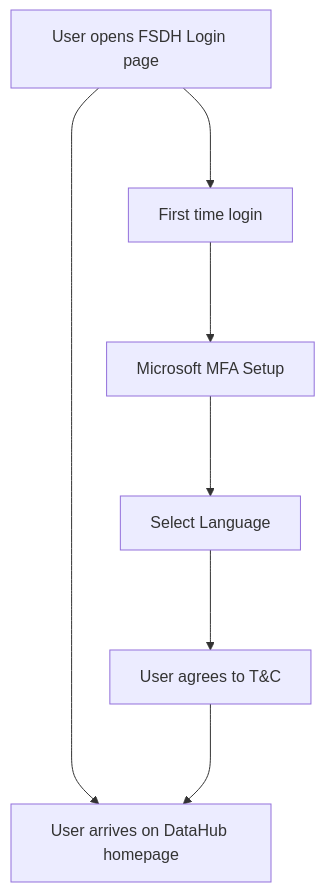
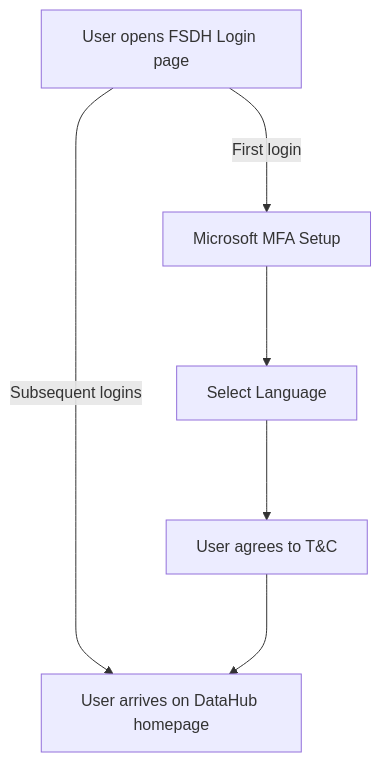
One commit to ssc-sp/datahub-docs changed the second of 4 diagrams in UserGuide/Onboarding/OnboardingSummary.md. Above: the diagram before and after it, drawn with Mermaid. The commit also changed other lines of this file, not shown here.

````diff
--- a/UserGuide/Onboarding/OnboardingSummary.md
+++ b/UserGuide/Onboarding/OnboardingSummary.md
@@ -44,16 +39,14 @@
 ```mermaid
 flowchart TD 
     A[User opens FSDH Login page]
-    B[First time login]
     C[Microsoft MFA Setup]
     D[Select Language]
     E[User agrees to T&C]
     F[User arrives on DataHub homepage]
-    A ---> B
-    B ---> C
-    A ---> F
+    A --->|First login| C
+    A --->|Subsequent logins|F
     C ---> D
     D ---> E
     E ---> F
 
 ```
````
